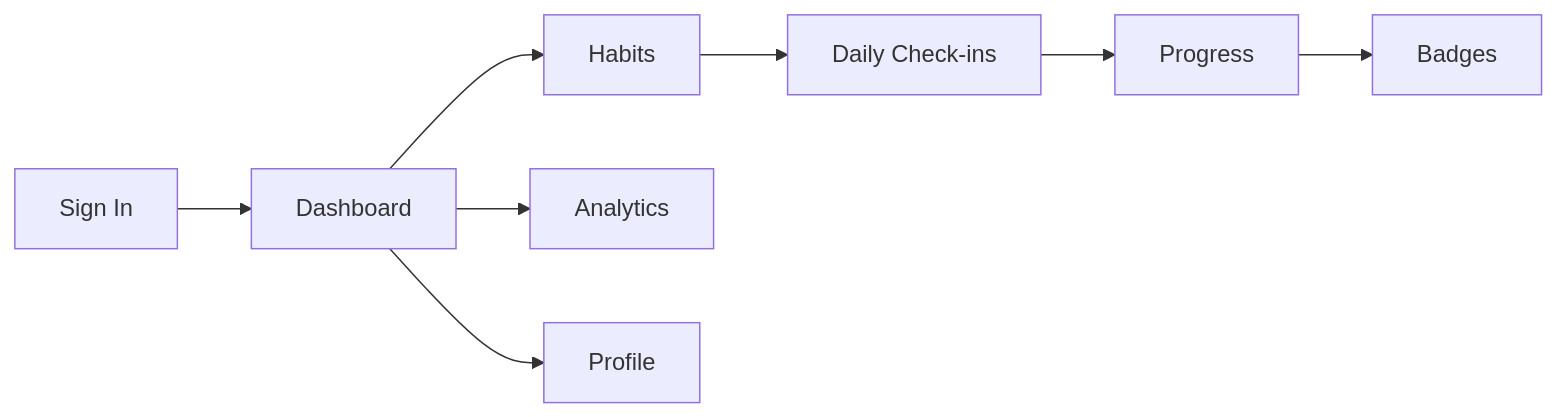
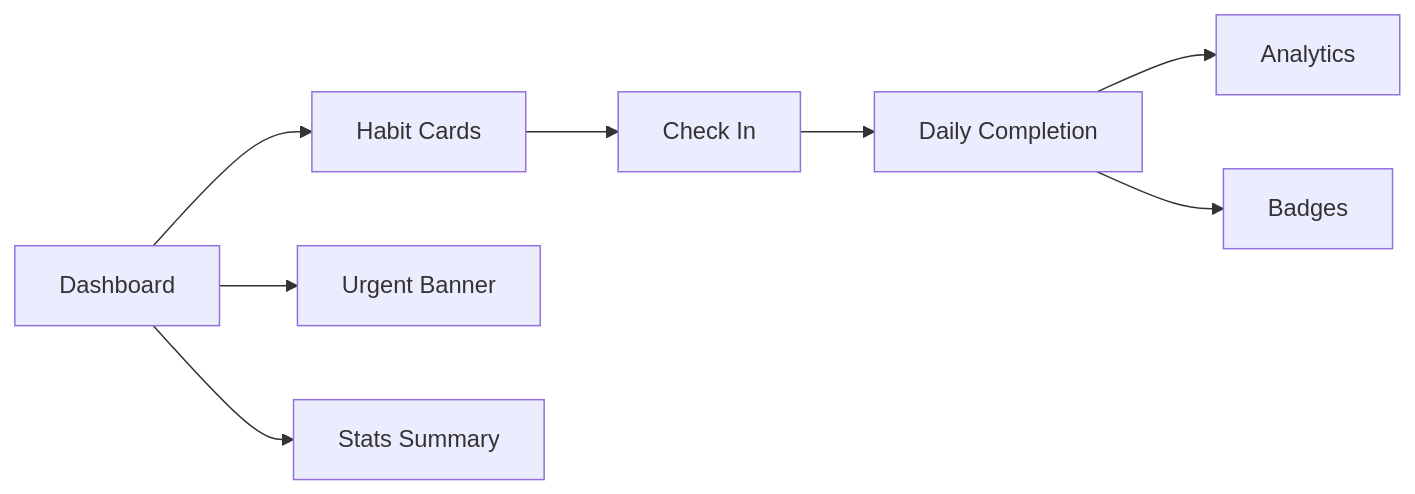
One commit to luckyr942/Consisly changed the first of 7 diagrams in README.md. Above: the diagram before and after it, drawn with Mermaid. The commit also changed other lines of this file and 3 other files, not shown here.

````diff
--- a/README.md
+++ b/README.md
@@ -20,10 +19,10 @@
 ```mermaid
 flowchart LR
-    A[Sign In] --> B[Dashboard]
-    B --> C[Habits]
-    B --> D[Analytics]
-    B --> E[Profile]
-    C --> F[Daily Check-ins]
-    F --> G[Progress]
-    G --> H[Badges]
+    A[Dashboard] --> B[Habit Cards]
+    A --> C[Urgent Banner]
+    A --> D[Stats Summary]
+    B --> E[Check In]
+    E --> F[Daily Completion]
+    F --> G[Analytics]
+    F --> H[Badges]
 ```
````
